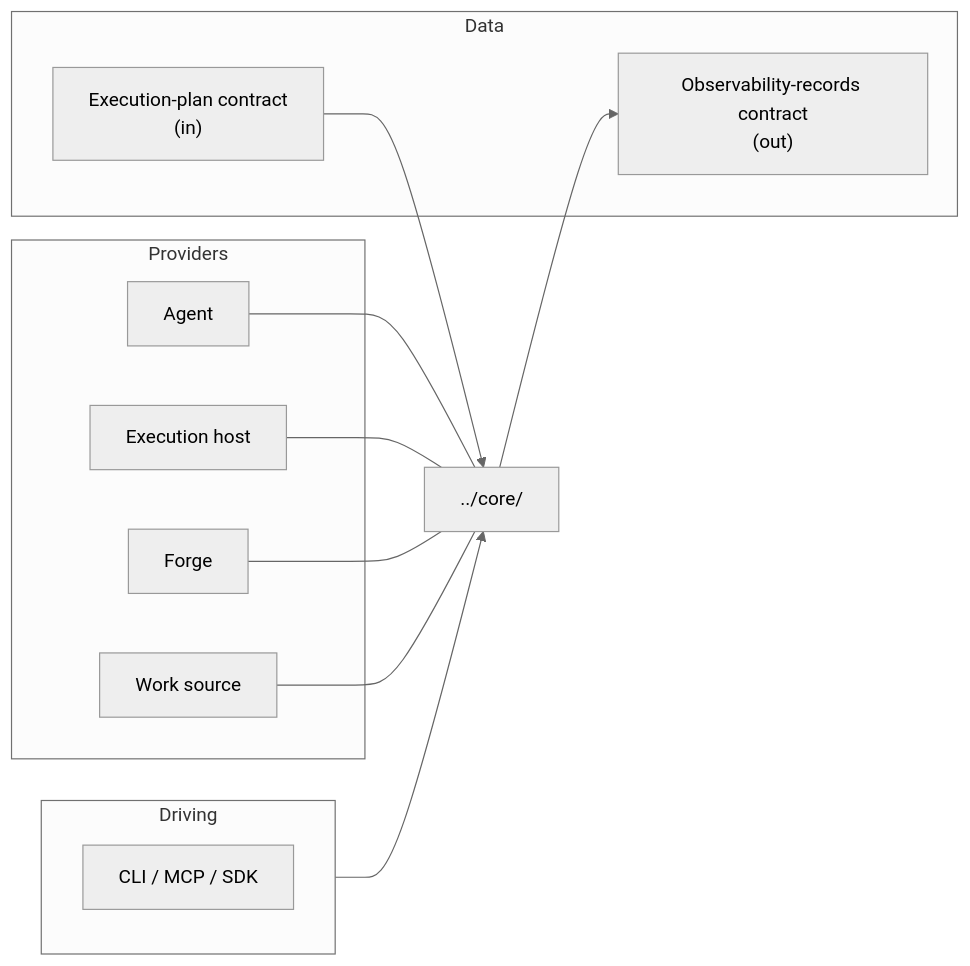
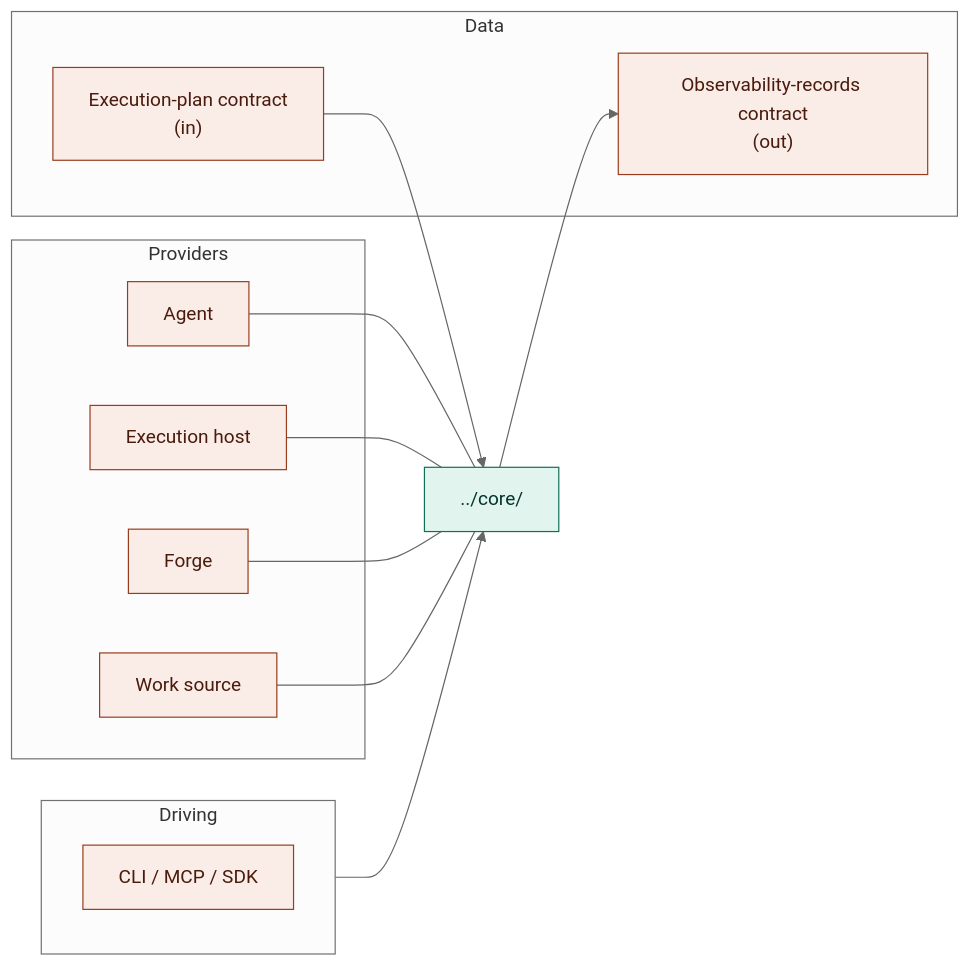
One commit to agentic-workflow-kit/jig changed the diagram in docs/design/contracts/README.md. Above: the diagram before and after it, drawn with Mermaid (neutral theme). The commit also changed 8 other files, not shown here.

First line of the commit message:
docs: style design-layer diagrams by category

````diff
--- a/docs/design/contracts/README.md
+++ b/docs/design/contracts/README.md
@@ -27,28 +27,33 @@
 ```mermaid
 flowchart LR
     subgraph Driving["Driving"]
         CLI["CLI / MCP / SDK"]
     end
 
     subgraph Data["Data"]
         PlanIn["Execution-plan contract<br/>(in)"]
         RecordsOut["Observability-records contract<br/>(out)"]
     end
 
     subgraph Providers["Providers"]
         Agent["Agent"]
         Host["Execution host"]
         Forge["Forge"]
         Source["Work source"]
     end
 
     Core["../core/"]
 
     Driving --> Core
     PlanIn --> Core
     Core --> RecordsOut
     Agent --- Core
     Host --- Core
     Forge --- Core
     Source --- Core
+
+    classDef core fill:#E1F5EE,stroke:#0F6E56,color:#04342C;
+    classDef seam fill:#FAECE7,stroke:#993C1D,color:#4A1B0C;
+    class Core core;
+    class CLI,PlanIn,RecordsOut,Agent,Host,Forge,Source seam;
 ```
````
